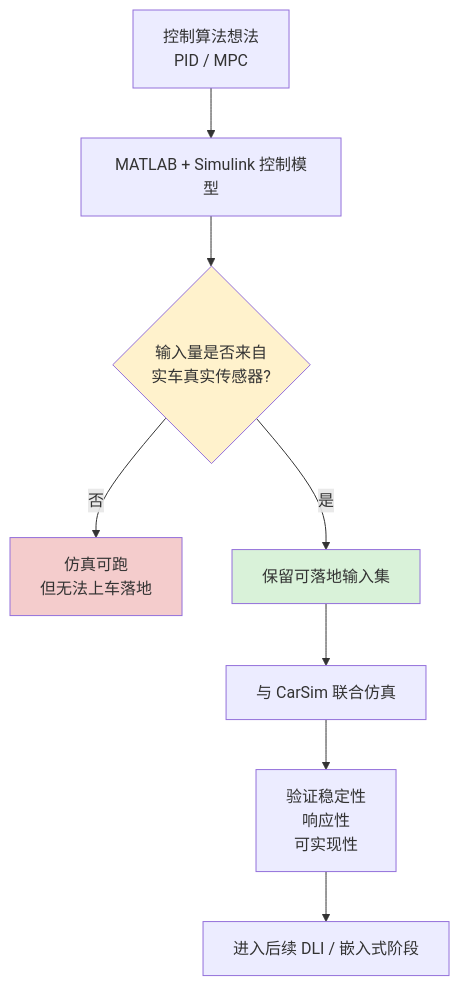
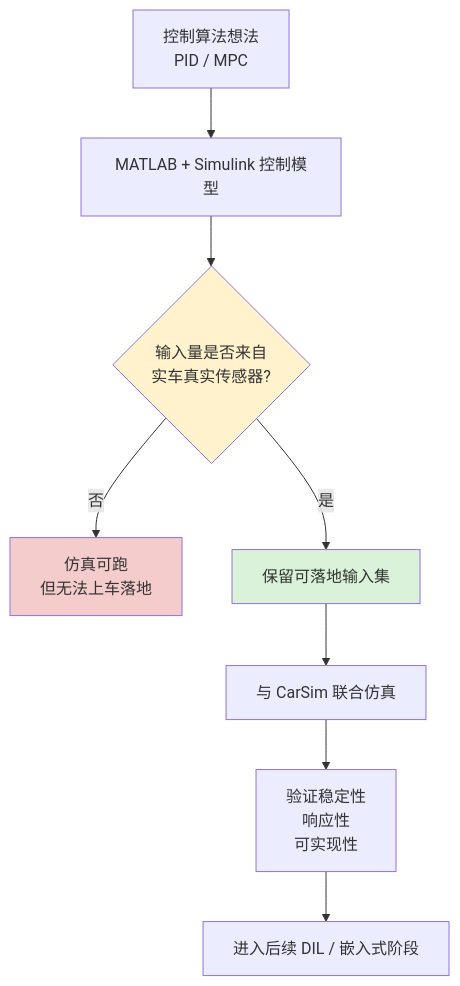
One commit to onebulletkick/Control_EVO_FSAE_CN changed the third of 15 diagrams in DYC_设计流程说明.md. Above: the diagram before and after it, drawn with Mermaid. The commit also changed other lines of this file and 7 other files, not shown here.

Commit message:
docs(readme): add quickstart diagrams

````diff
--- a/DYC_设计流程说明.md
+++ b/DYC_设计流程说明.md
@@ -68,16 +68,16 @@
 ```mermaid
 flowchart TD
     algo["控制算法想法<br/>PID / MPC"] --> model["MATLAB + Simulink 控制模型"]
     model --> sensor_gate{"输入量是否来自<br/>实车真实传感器?"}
 
     sensor_gate -->|否| fake["仿真可跑<br/>但无法上车落地"]
     sensor_gate -->|是| usable["保留可落地输入集"]
 
     usable --> carsim["与 CarSim 联合仿真"]
     carsim --> verify["验证稳定性<br/>响应性<br/>可实现性"]
-    verify --> next["进入后续 DLI / 嵌入式阶段"]
+    verify --> next["进入后续 DIL / 嵌入式阶段"]
 
     style sensor_gate fill:#fff2cc
     style fake fill:#f4cccc
     style usable fill:#d9f2d9
 ```
````
